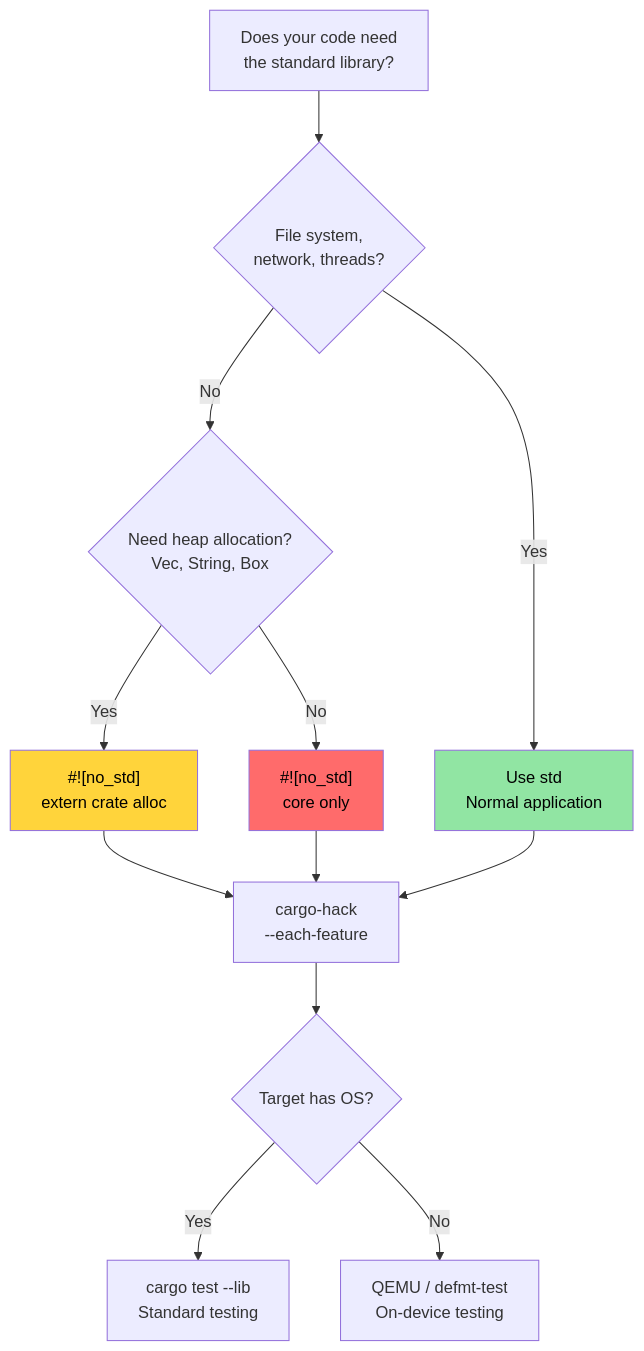
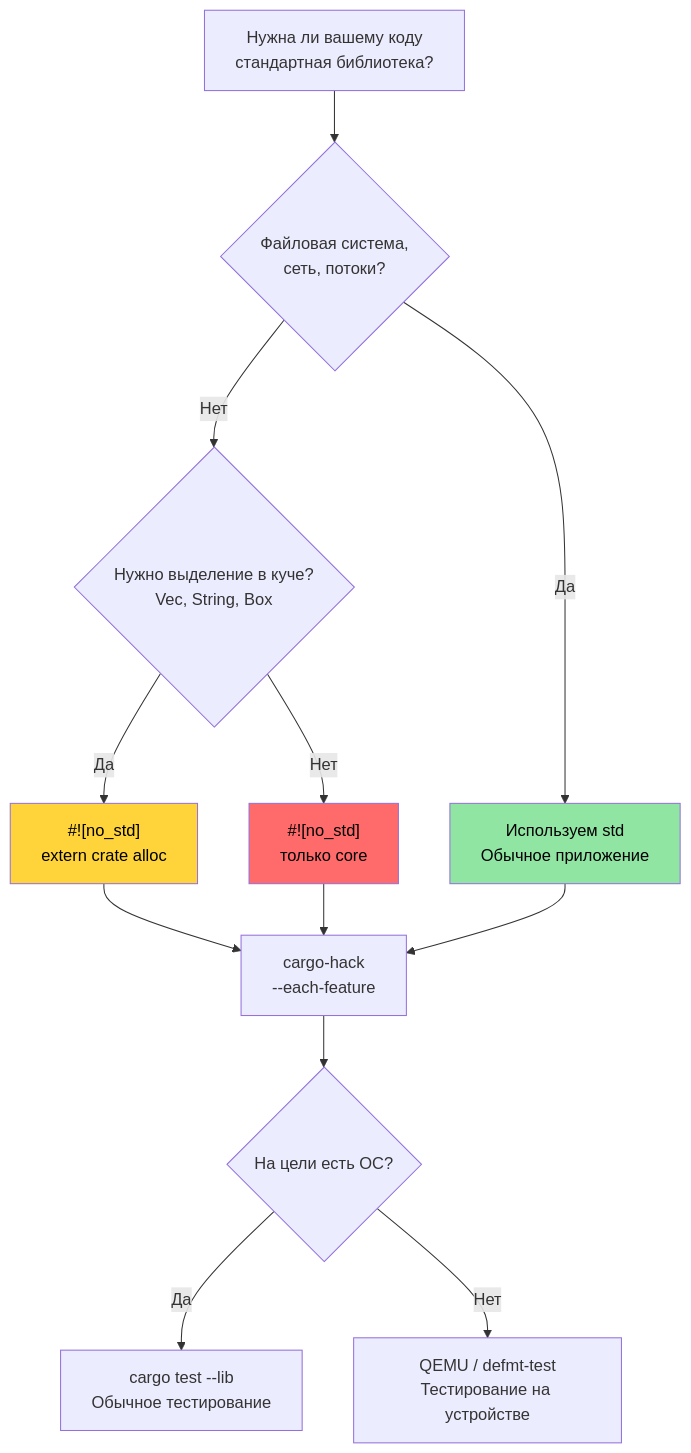
The diagram in engineering-book/src/ch09-no-std-and-feature-verification.md (r007/RustTraining-Rus), drawn with Mermaid before and after one commit. The commit also changed other lines of this file and 7 other files, not shown here.

````diff
--- a/engineering-book/src/ch09-no-std-and-feature-verification.md
+++ b/engineering-book/src/ch09-no-std-and-feature-verification.md
@@ -353,19 +352,19 @@
 ```mermaid
 flowchart TD
-    START["Does your code need<br/>the standard library?"] --> NEED_FS{"File system,<br/>network, threads?"}
-    NEED_FS -->|"Yes"| USE_STD["Use std<br/>Normal application"]
-    NEED_FS -->|"No"| NEED_HEAP{"Need heap allocation?<br/>Vec, String, Box"}
-    NEED_HEAP -->|"Yes"| USE_ALLOC["#![no_std]<br/>extern crate alloc"]
-    NEED_HEAP -->|"No"| USE_CORE["#![no_std]<br/>core only"]
-    
+    START["Нужна ли вашему коду<br/>стандартная библиотека?"] --> NEED_FS{"Файловая система,<br/>сеть, потоки?"}
+    NEED_FS -->|"Да"| USE_STD["Используем std<br/>Обычное приложение"]
+    NEED_FS -->|"Нет"| NEED_HEAP{"Нужно выделение в куче?<br/>Vec, String, Box"}
+    NEED_HEAP -->|"Да"| USE_ALLOC["#![no_std]<br/>extern crate alloc"]
+    NEED_HEAP -->|"Нет"| USE_CORE["#![no_std]<br/>только core"]
+
     USE_ALLOC --> VERIFY["cargo-hack<br/>--each-feature"]
     USE_CORE --> VERIFY
     USE_STD --> VERIFY
-    VERIFY --> TARGET{"Target has OS?"}
-    TARGET -->|"Yes"| HOST_TEST["cargo test --lib<br/>Standard testing"]
-    TARGET -->|"No"| CROSS_TEST["QEMU / defmt-test<br/>On-device testing"]
-    
+    VERIFY --> TARGET{"На цели есть ОС?"}
+    TARGET -->|"Да"| HOST_TEST["cargo test --lib<br/>Обычное тестирование"]
+    TARGET -->|"Нет"| CROSS_TEST["QEMU / defmt-test<br/>Тестирование на устройстве"]
+
     style USE_STD fill:#91e5a3,color:#000
     style USE_ALLOC fill:#ffd43b,color:#000
     style USE_CORE fill:#ff6b6b,color:#000
 ```
````
